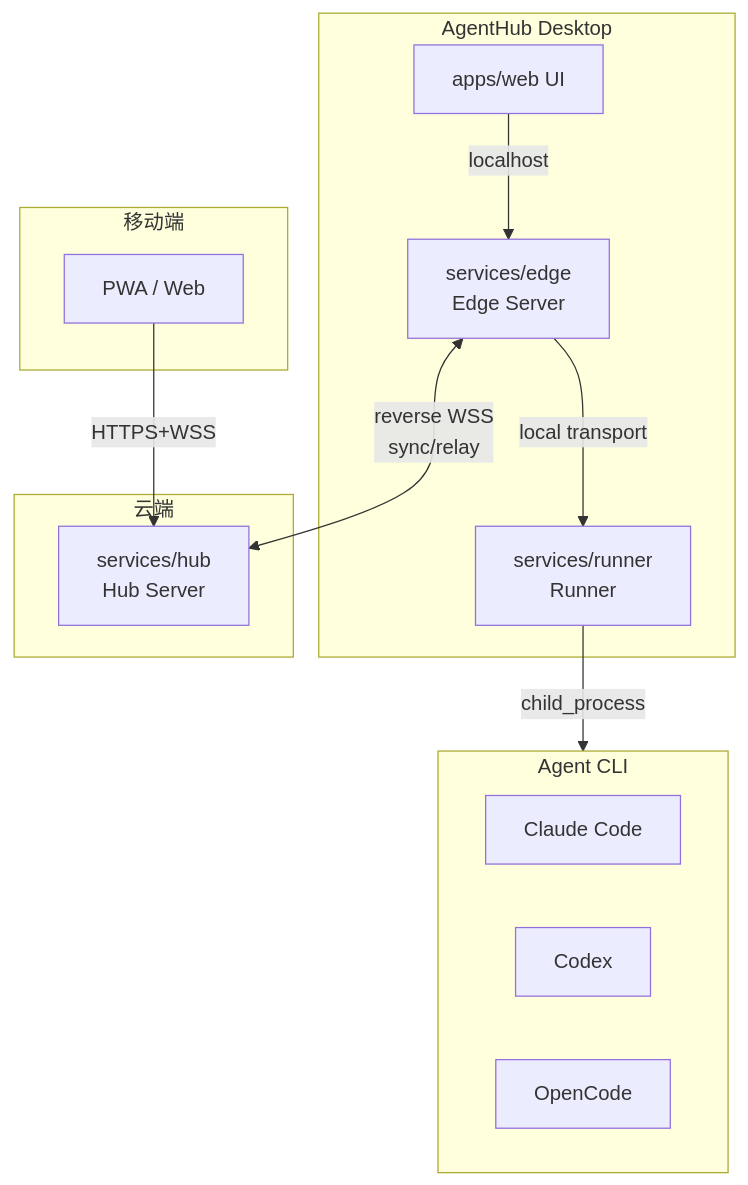
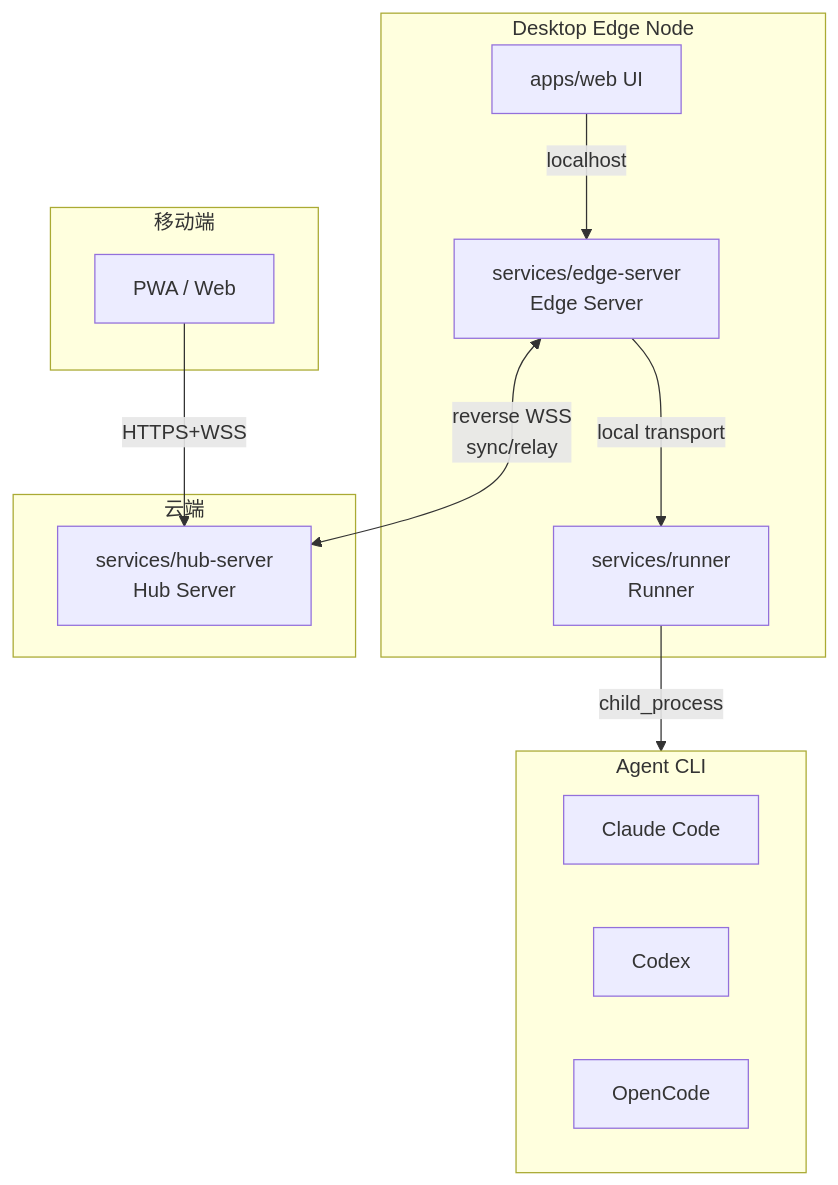
One commit to TokenDanceLab/AgentHub changed the first of 10 diagrams in docs/architecture.md. Above: the diagram before and after it, drawn with Mermaid. The commit also changed other lines of this file and 36 other files, not shown here.

Commit message:
docs: 定义 Hub-Edge-Runner 拓扑和部署模式

````diff
--- a/docs/architecture.md
+++ b/docs/architecture.md
@@ -5,28 +5,28 @@
 ```mermaid
 graph TB
-    subgraph Desktop["AgentHub Desktop"]
+    subgraph Desktop["Desktop Edge Node"]
         UI["apps/web UI"]
-        Edge["services/edge<br/>Edge Server"]
+        Edge["services/edge-server<br/>Edge Server"]
         R["services/runner<br/>Runner"]
     end
 
     subgraph Cloud["云端"]
-        Hub["services/hub<br/>Hub Server"]
+        Hub["services/hub-server<br/>Hub Server"]
     end
 
     subgraph Mobile["移动端"]
         MUI["PWA / Web"]
     end
 
     subgraph Agents["Agent CLI"]
         CC["Claude Code"]
         CX["Codex"]
         OC["OpenCode"]
     end
 
     UI -->|"localhost"| Edge
     Edge -->|"local transport"| R
     R -->|"child_process"| Agents
     Edge <-->|"reverse WSS<br/>sync/relay"| Hub
     MUI -->|"HTTPS+WSS"| Hub
 ```
````
